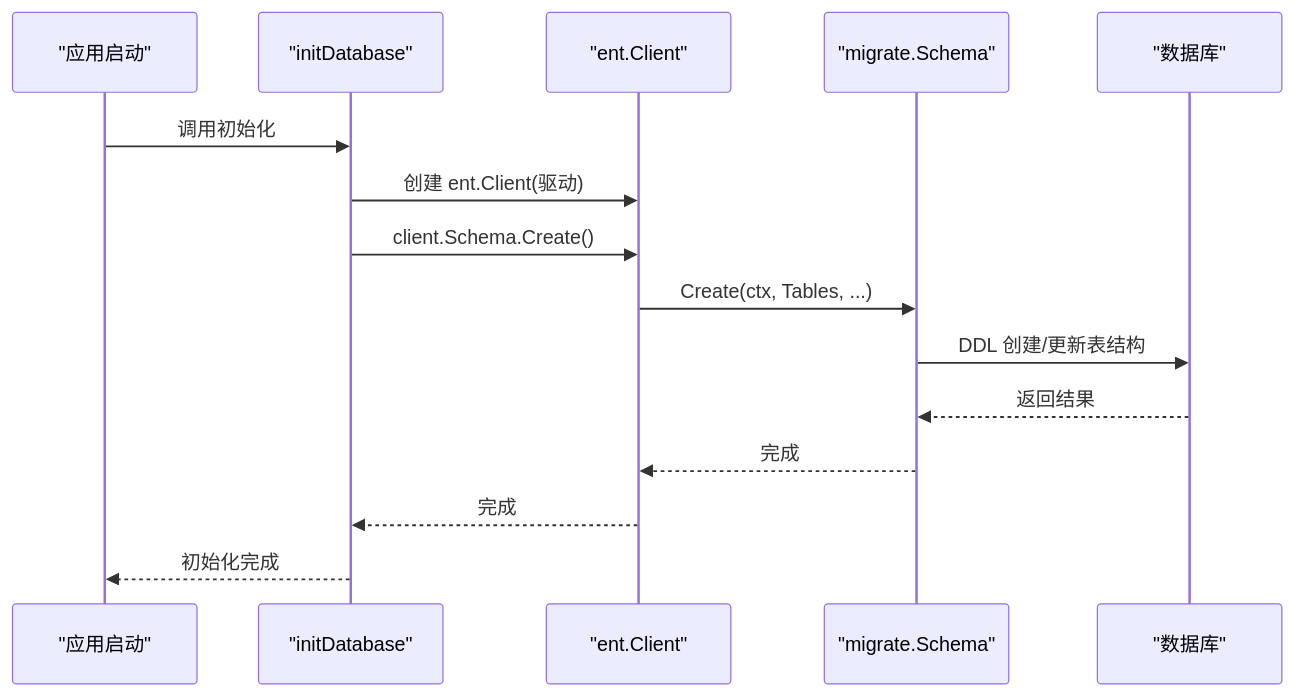
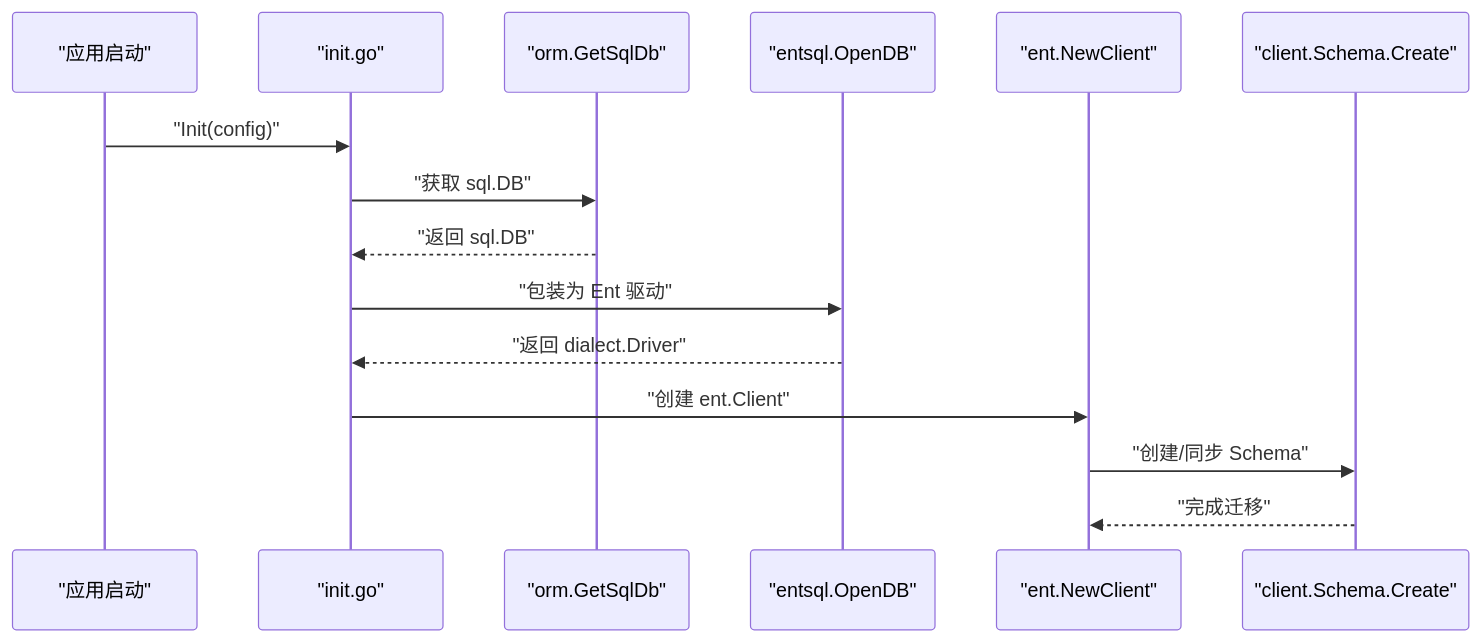
Before and after one commit to wuwuseo/e-sports-go-admin: the second of 10 diagrams in .qoder/repowiki/zh/content/数据库设计/数据库设计.md, drawn with Mermaid. The commit also changed other lines of this file and 141 other files, not shown here.

````diff
--- a/.qoder/repowiki/zh/content/数据库设计/数据库设计.md
+++ b/.qoder/repowiki/zh/content/数据库设计/数据库设计.md
@@ -131,17 +141,17 @@
 ```mermaid
 sequenceDiagram
-participant App as "应用启动"
-participant Init as "initDatabase"
-participant Ent as "ent.Client"
-participant Mig as "migrate.Schema"
-participant DB as "数据库"
-App->>Init : 调用初始化
-Init->>Ent : 创建 ent.Client(驱动)
-Init->>Ent : client.Schema.Create()
-Ent->>Mig : Create(ctx, Tables, ...)
-Mig->>DB : DDL 创建/更新表结构
-DB-->>Mig : 返回结果
-Mig-->>Ent : 完成
-Ent-->>Init : 完成
-Init-->>App : 初始化完成
+participant Boot as "应用启动"
+participant Init as "init.go"
+participant ORM as "orm.GetSqlDb"
+participant EntDrv as "entsql.OpenDB"
+participant Client as "ent.NewClient"
+participant Schema as "client.Schema.Create"
+Boot->>Init : "Init(config)"
+Init->>ORM : "获取 sql.DB"
+ORM-->>Init : "返回 sql.DB"
+Init->>EntDrv : "包装为 Ent 驱动"
+EntDrv-->>Init : "返回 dialect.Driver"
+Init->>Client : "创建 ent.Client"
+Client->>Schema : "创建/同步 Schema"
+Schema-->>Client : "完成迁移"
 ```
````
